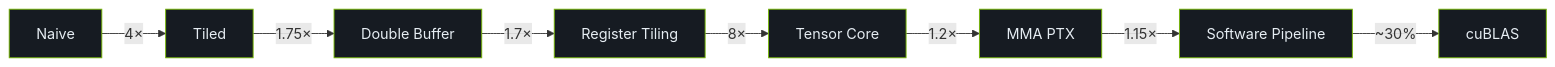
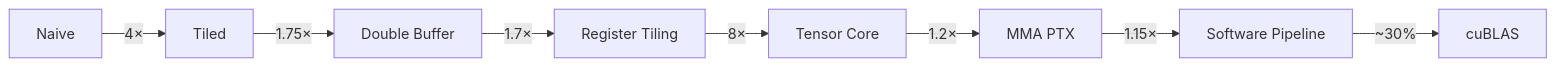
The diagram in docs/zh/modules/02/optimization-guide.md (LessUp/cuda-kernel-academy), drawn with Mermaid before and after one commit. The commit also changed 45 other files, not shown here.

````diff
--- a/docs/zh/modules/02/optimization-guide.md
+++ b/docs/zh/modules/02/optimization-guide.md
@@ -11,19 +11,11 @@
 ```mermaid
 flowchart LR
     N["Naive"] -->|"4×"| T["Tiled"]
     T -->|"1.75×"| D["Double Buffer"]
     D -->|"1.7×"| R["Register Tiling"]
     R -->|"8×"| TC["Tensor Core"]
     TC -->|"1.2×"| P["MMA PTX"]
     P -->|"1.15×"| S["Software Pipeline"]
     S -->|"~30%"| C["cuBLAS"]
 
-    style N fill:#161b22,stroke:#76B900,color:#e6edf3
-    style T fill:#161b22,stroke:#76B900,color:#e6edf3
-    style D fill:#161b22,stroke:#76B900,color:#e6edf3
-    style R fill:#161b22,stroke:#76B900,color:#e6edf3
-    style TC fill:#161b22,stroke:#76B900,color:#e6edf3
-    style P fill:#161b22,stroke:#76B900,color:#e6edf3
-    style S fill:#161b22,stroke:#76B900,color:#e6edf3
-    style C fill:#161b22,stroke:#76B900,color:#e6edf3
 ```
````
